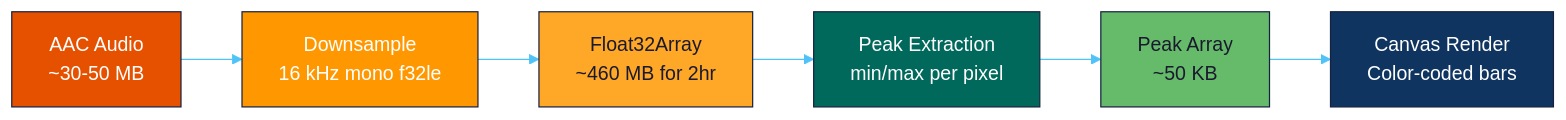
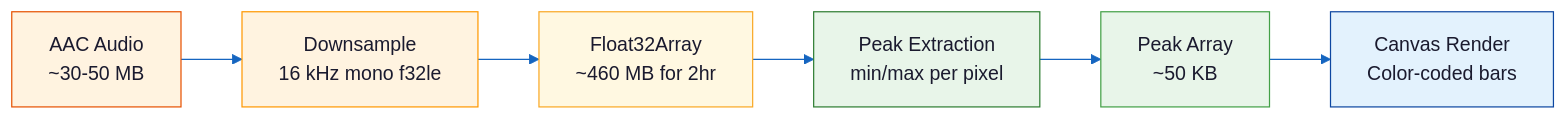
Before and after one commit to gjovanov/audio-waveform: the diagram in docs/diagrams/05-analysis-pipeline.mmd, drawn with Mermaid. The commit also changed 13 other files, not shown here.

First line of the commit message:
Re-render diagrams with light/neutral theme for Medium compatibility

```diff
--- a/docs/diagrams/05-analysis-pipeline.mmd
+++ b/docs/diagrams/05-analysis-pipeline.mmd
@@ -1,14 +1,14 @@
-%%{init: {'theme': 'base', 'themeVariables': {'primaryColor': '#1a1a2e', 'primaryTextColor': '#eee', 'primaryBorderColor': '#16213e', 'lineColor': '#4fc3f7', 'secondaryColor': '#0f3460'}}}%%
+%%{init: {'theme': 'base', 'themeVariables': {'primaryColor': '#e3f2fd', 'primaryTextColor': '#1a1a2e', 'primaryBorderColor': '#1565c0', 'lineColor': '#1565c0', 'secondaryColor': '#fff3e0', 'background': '#ffffff', 'nodeBorder': '#1565c0', 'edgeLabelBackground': '#ffffff'}}}%%
 flowchart LR
     AAC["AAC Audio<br/>~30-50 MB"] --> DS["Downsample<br/>16 kHz mono f32le"]
     DS --> PCM["Float32Array<br/>~460 MB for 2hr"]
     PCM --> PEAKS["Peak Extraction<br/>min/max per pixel"]
     PEAKS --> DATA["Peak Array<br/>~50 KB"]
     DATA --> CANVAS["Canvas Render<br/>Color-coded bars"]
 
-    style AAC fill:#e65100,color:#fff
-    style DS fill:#ff9800,color:#fff
-    style PCM fill:#ffa726,color:#1a1a2e
-    style PEAKS fill:#00695c,color:#fff
-    style DATA fill:#66bb6a,color:#1a1a2e
-    style CANVAS fill:#0f3460,color:#fff
+    style AAC fill:#fff3e0,stroke:#e65100,color:#1a1a2e
+    style DS fill:#fff3e0,stroke:#ff9800,color:#1a1a2e
+    style PCM fill:#fff8e1,stroke:#f9a825,color:#1a1a2e
+    style PEAKS fill:#e8f5e9,stroke:#2e7d32,color:#1a1a2e
+    style DATA fill:#e8f5e9,stroke:#43a047,color:#1a1a2e
+    style CANVAS fill:#e3f2fd,stroke:#0d47a1,color:#1a1a2e
```
